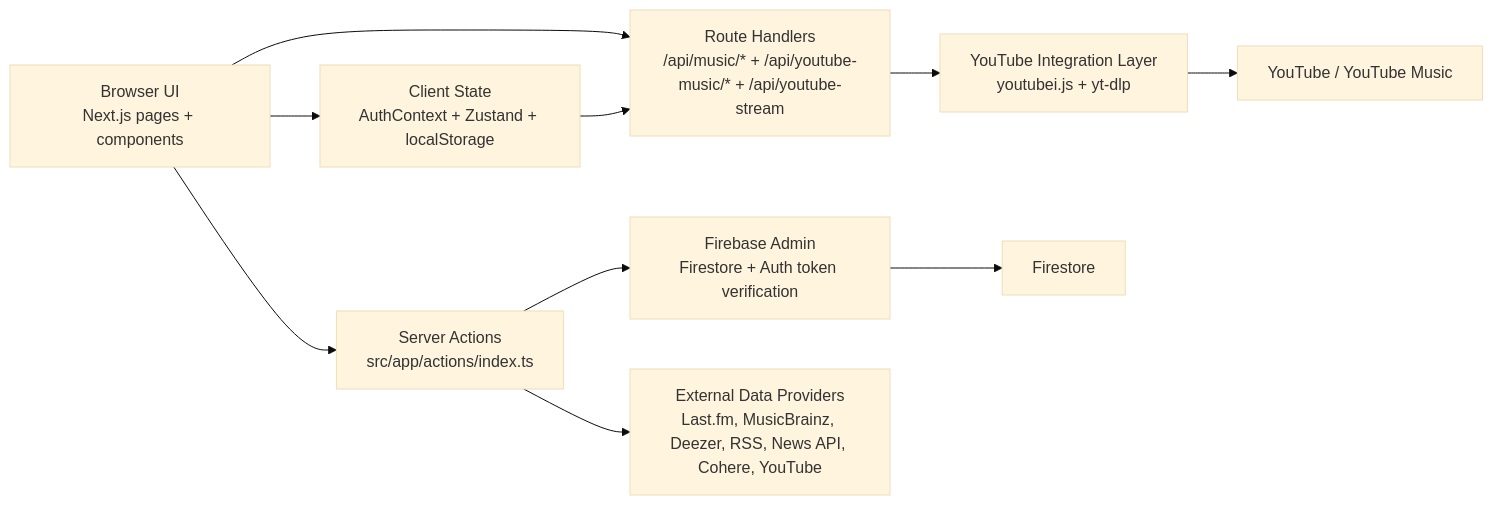
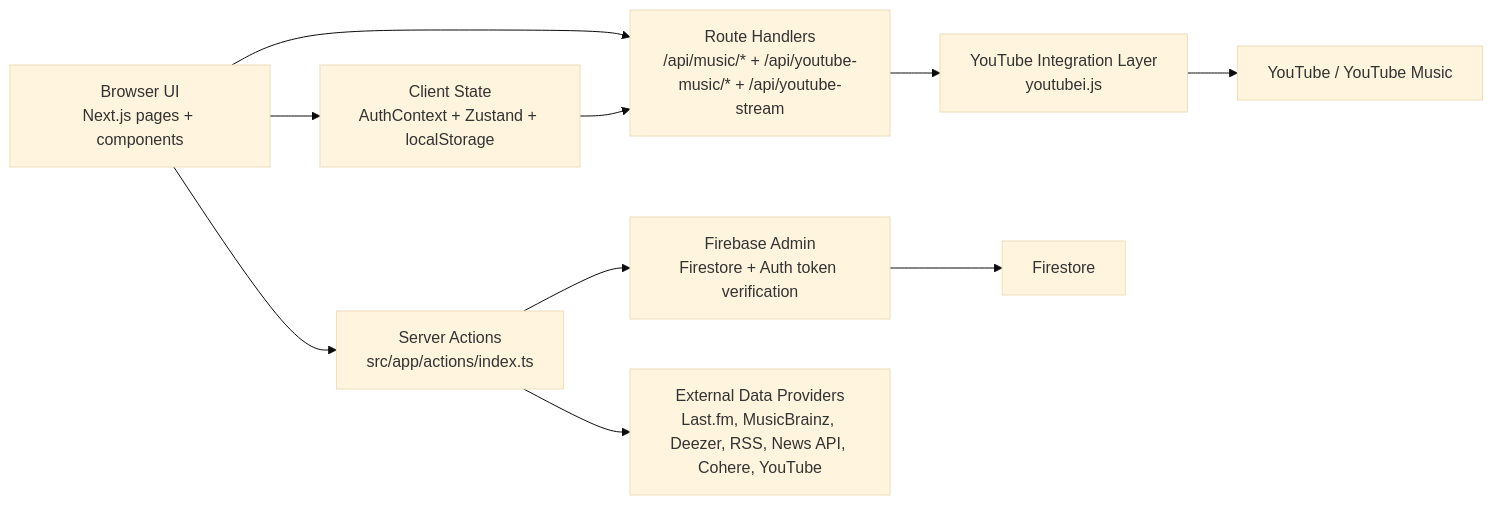
The diagram in ARCHITECTURE.md (Priyanshu-96-rawat/songDB), drawn with Mermaid (base theme) before and after one commit. The commit also changed other lines of this file and 20 other files, not shown here.

````diff
--- a/ARCHITECTURE.md
+++ b/ARCHITECTURE.md
@@ -20,12 +20,12 @@
 ```mermaid
 flowchart LR
     A["Browser UI<br/>Next.js pages + components"] --> B["Client State<br/>AuthContext + Zustand + localStorage"]
     A --> C["Route Handlers<br/>/api/music/* + /api/youtube-music/* + /api/youtube-stream"]
     A --> D["Server Actions<br/>src/app/actions/index.ts"]
     B --> C
     D --> E["Firebase Admin<br/>Firestore + Auth token verification"]
     D --> F["External Data Providers<br/>Last.fm, MusicBrainz, Deezer, RSS, News API, Cohere, YouTube"]
-    C --> G["YouTube Integration Layer<br/>youtubei.js + yt-dlp"]
+    C --> G["YouTube Integration Layer<br/>youtubei.js"]
     G --> H["YouTube / YouTube Music"]
     E --> I["Firestore"]
 ```
````
